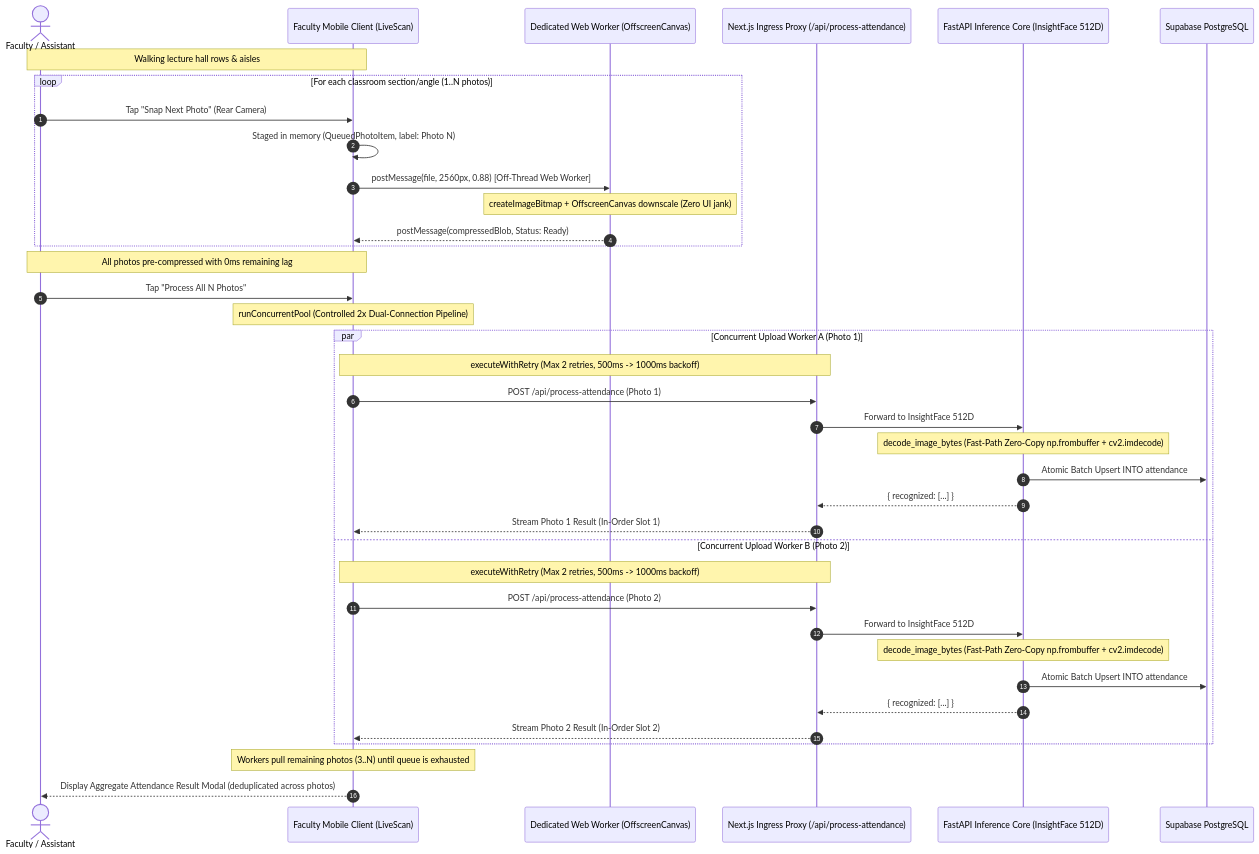
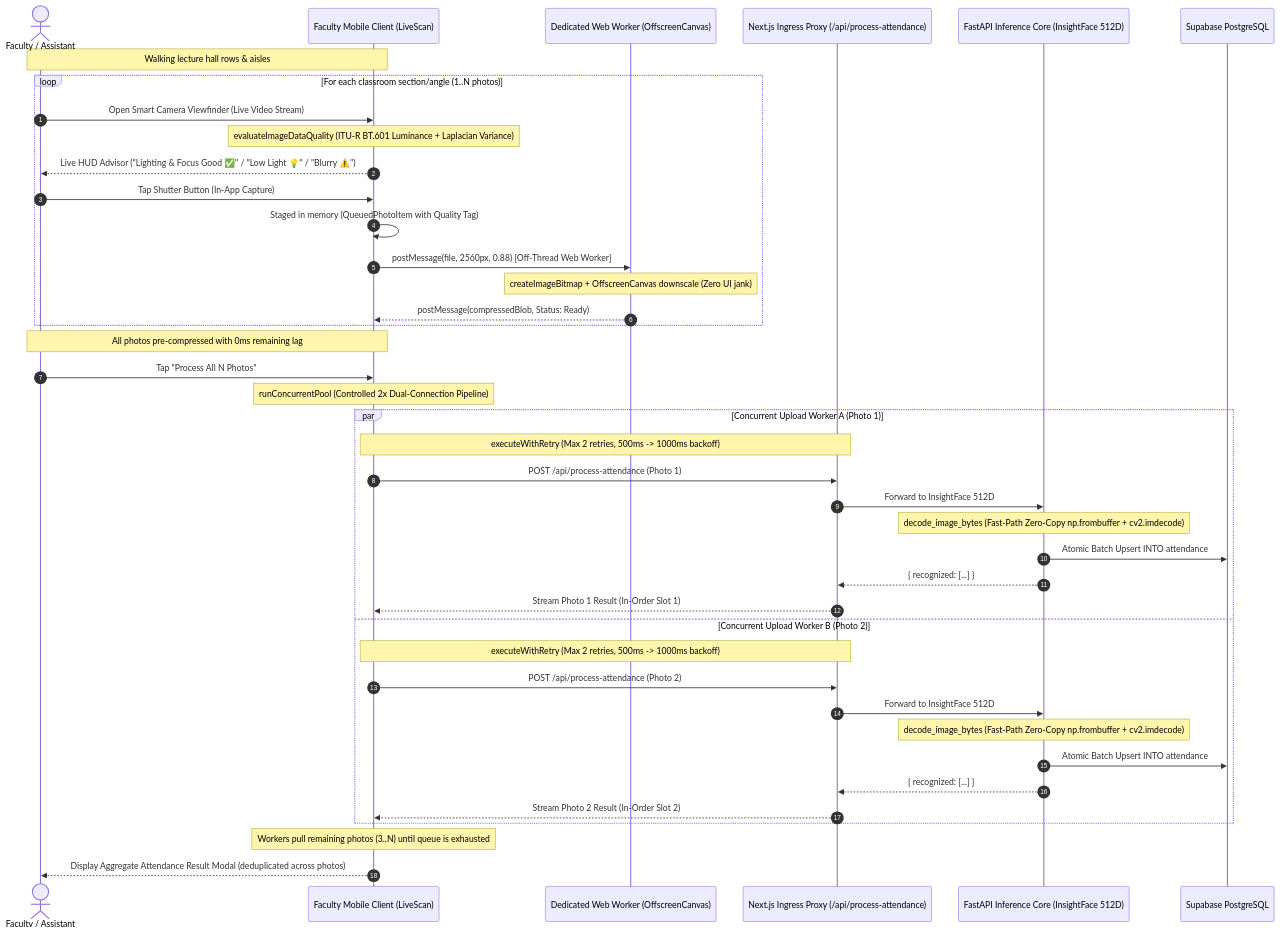
Before and after one commit to saiff99/attendance: the third of 3 diagrams in docs/architecture-vault/01_SYSTEM_TOPOLOGY_AND_DATA_FLOW.md, drawn with Mermaid. The commit also changed 6 other files, not shown here.

Commit message:
feat(ux): real-time classroom framing and blur/low-light quality advisor (Issue 1)

````diff
--- a/docs/architecture-vault/01_SYSTEM_TOPOLOGY_AND_DATA_FLOW.md
+++ b/docs/architecture-vault/01_SYSTEM_TOPOLOGY_AND_DATA_FLOW.md
@@ -169,42 +169,45 @@
 ```mermaid
 sequenceDiagram
     autonumber
     actor F as Faculty / Assistant
     participant FE as Faculty Mobile Client (LiveScan)
     participant Worker as Dedicated Web Worker (OffscreenCanvas)
     participant Proxy as Next.js Ingress Proxy (/api/process-attendance)
     participant AI as FastAPI Inference Core (InsightFace 512D)
     participant DB as Supabase PostgreSQL
 
     Note over F, FE: Walking lecture hall rows & aisles
     loop For each classroom section/angle (1..N photos)
-        F->>FE: Tap "Snap Next Photo" (Rear Camera)
-        FE->>FE: Staged in memory (QueuedPhotoItem, label: Photo N)
+        F->>FE: Open Smart Camera Viewfinder (Live Video Stream)
+        Note over FE: evaluateImageDataQuality (ITU-R BT.601 Luminance + Laplacian Variance)
+        FE-->>F: Live HUD Advisor ("Lighting & Focus Good ✅" / "Low Light 💡" / "Blurry ⚠️")
+        F->>FE: Tap Shutter Button (In-App Capture)
+        FE->>FE: Staged in memory (QueuedPhotoItem with Quality Tag)
         FE->>Worker: postMessage(file, 2560px, 0.88) [Off-Thread Web Worker]
         Note over Worker: createImageBitmap + OffscreenCanvas downscale (Zero UI jank)
         Worker-->>FE: postMessage(compressedBlob, Status: Ready)
     end
 
     Note over F, FE: All photos pre-compressed with 0ms remaining lag
     F->>FE: Tap "Process All N Photos"
     Note over FE: runConcurrentPool (Controlled 2x Dual-Connection Pipeline)
     par Concurrent Upload Worker A (Photo 1)
         Note over FE, Proxy: executeWithRetry (Max 2 retries, 500ms -> 1000ms backoff)
         FE->>Proxy: POST /api/process-attendance (Photo 1)
         Proxy->>AI: Forward to InsightFace 512D
         Note over AI: decode_image_bytes (Fast-Path Zero-Copy np.frombuffer + cv2.imdecode)
         AI->>DB: Atomic Batch Upsert INTO attendance
         AI-->>Proxy: { recognized: [...] }
         Proxy-->>FE: Stream Photo 1 Result (In-Order Slot 1)
     and Concurrent Upload Worker B (Photo 2)
         Note over FE, Proxy: executeWithRetry (Max 2 retries, 500ms -> 1000ms backoff)
         FE->>Proxy: POST /api/process-attendance (Photo 2)
         Proxy->>AI: Forward to InsightFace 512D
         Note over AI: decode_image_bytes (Fast-Path Zero-Copy np.frombuffer + cv2.imdecode)
         AI->>DB: Atomic Batch Upsert INTO attendance
         AI-->>Proxy: { recognized: [...] }
         Proxy-->>FE: Stream Photo 2 Result (In-Order Slot 2)
     end
     Note over FE: Workers pull remaining photos (3..N) until queue is exhausted
     FE-->>F: Display Aggregate Attendance Result Modal (deduplicated across photos)
 ```
````
